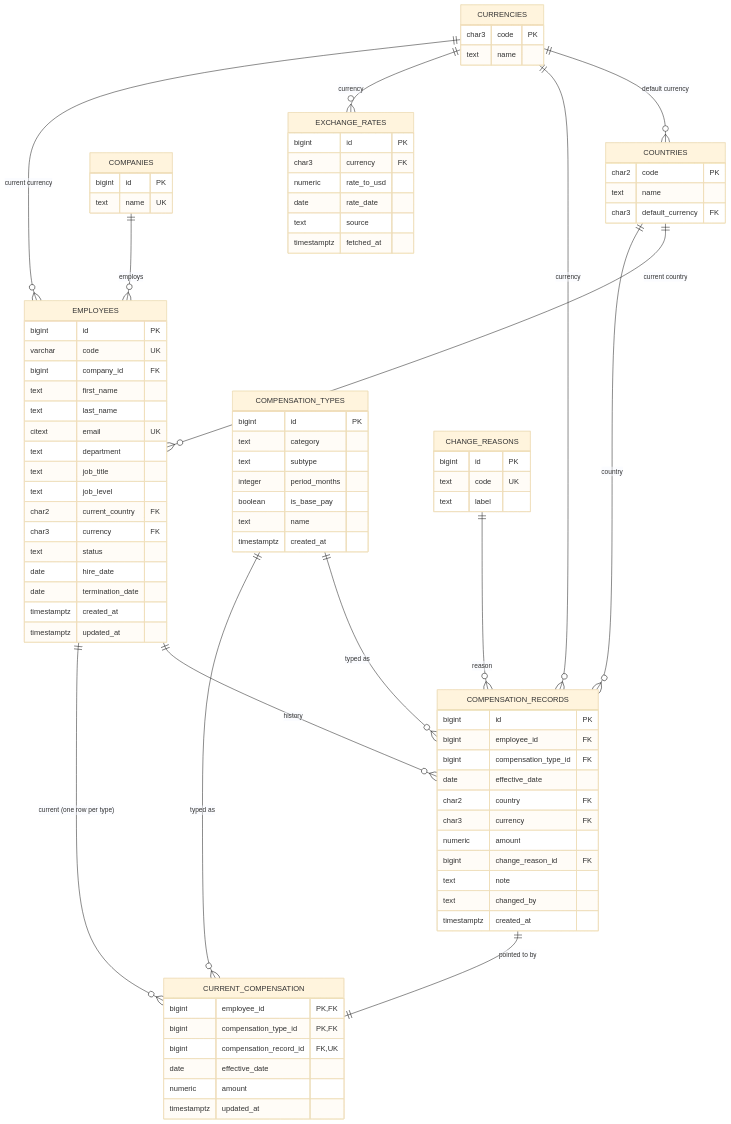
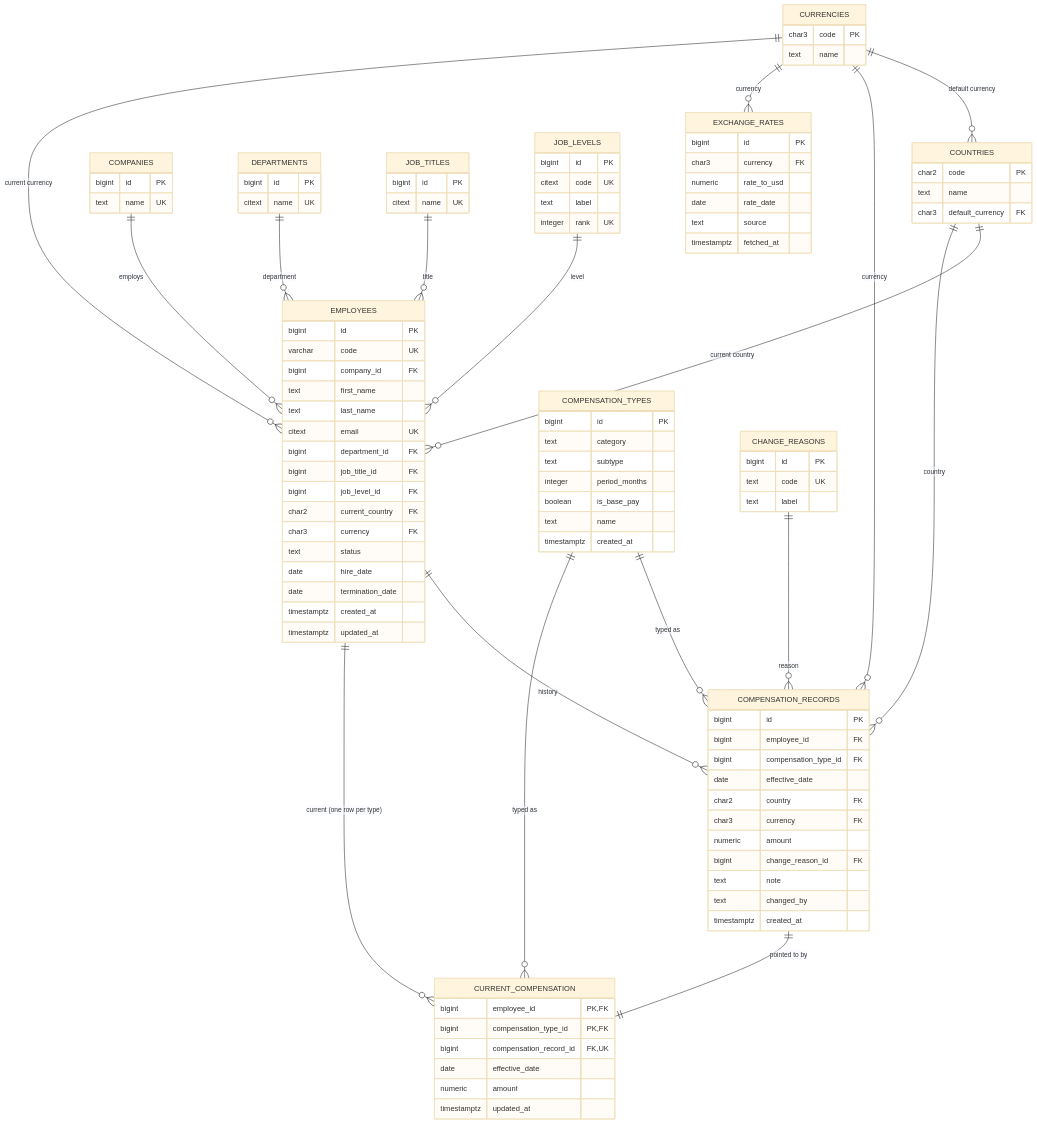
Before and after one commit to Vanshita1204/acme-salary-management: the diagram in docs/DATABASE_DESIGN.md, drawn with Mermaid (base theme). The commit also changed other lines of this file and 33 other files, not shown here.

First line of the commit message:
Phase 7A: departments, job titles and levels as reference data

```diff
--- a/docs/DATABASE_DESIGN.md
+++ b/docs/DATABASE_DESIGN.md
@@ -37,9 +37,9 @@
         text first_name
         text last_name
         citext email UK
-        text department
-        text job_title
-        text job_level
+        bigint department_id FK
+        bigint job_title_id FK
+        bigint job_level_id FK
         char2 current_country FK
         char3 currency FK
         text status
@@ -47,6 +47,20 @@
         date termination_date
         timestamptz created_at
         timestamptz updated_at
+    }
+    DEPARTMENTS {
+        bigint id PK
+        citext name UK
+    }
+    JOB_TITLES {
+        bigint id PK
+        citext name UK
+    }
+    JOB_LEVELS {
+        bigint id PK
+        citext code UK
+        text label
+        integer rank UK
     }
     COMPENSATION_TYPES {
         bigint id PK
@@ -99,6 +113,9 @@
     COUNTRIES ||--o{ COMPENSATION_RECORDS : "country"
     CURRENCIES ||--o{ EMPLOYEES : "current currency"
     COMPANIES ||--o{ EMPLOYEES : "employs"
+    DEPARTMENTS ||--o{ EMPLOYEES : "department"
+    JOB_TITLES ||--o{ EMPLOYEES : "title"
+    JOB_LEVELS ||--o{ EMPLOYEES : "level"
     COMPENSATION_TYPES ||--o{ COMPENSATION_RECORDS : "typed as"
     COMPENSATION_TYPES ||--o{ CURRENT_COMPENSATION : "typed as"
     CHANGE_REASONS ||--o{ COMPENSATION_RECORDS : "reason"
```
